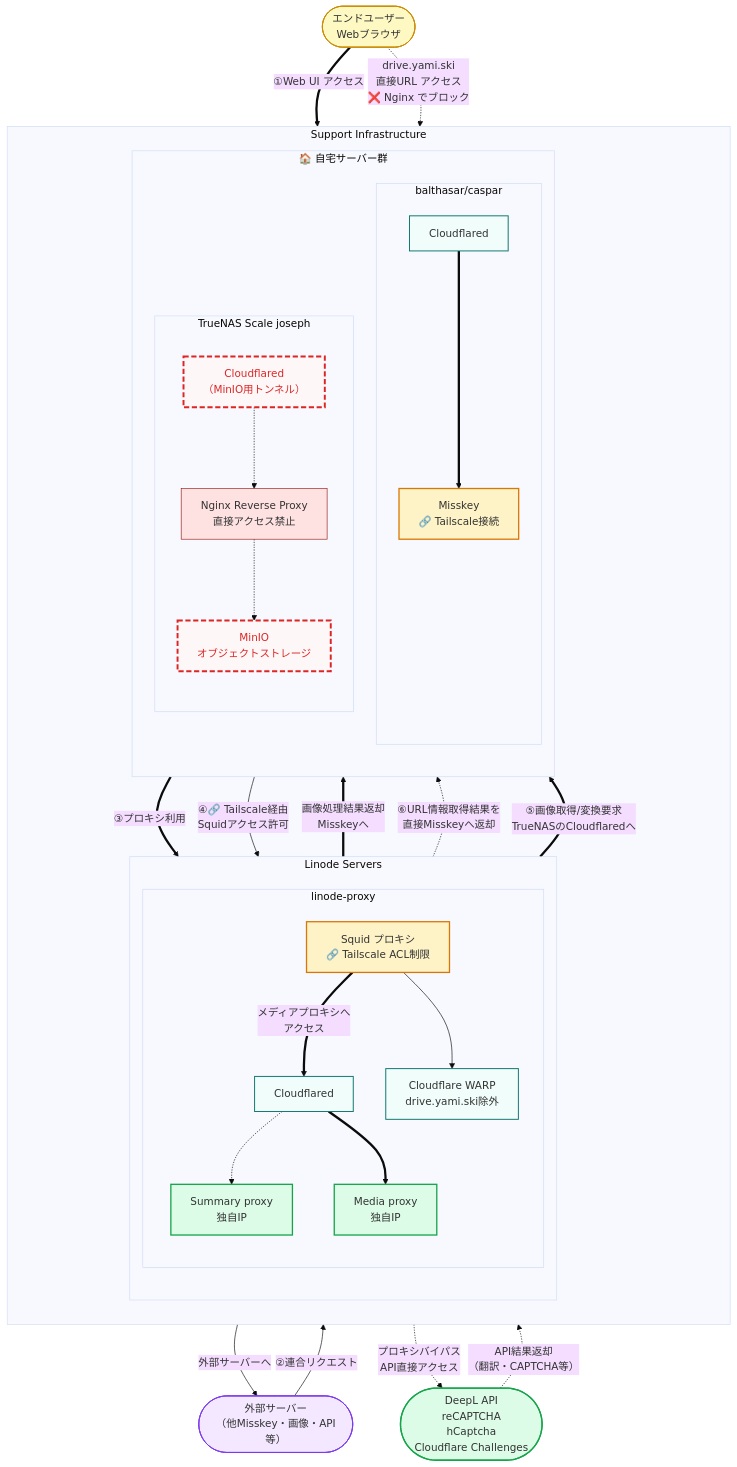
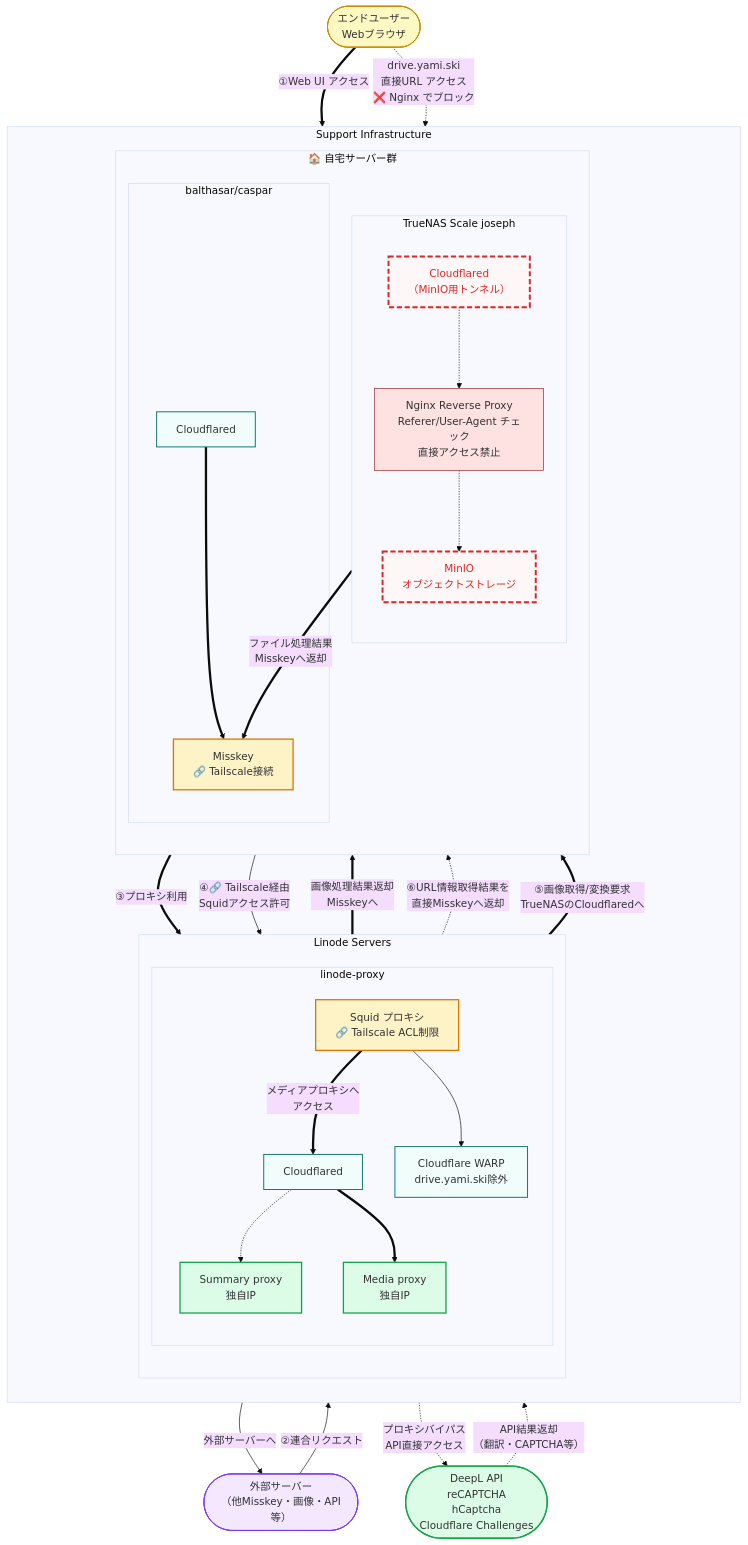
The fifth of 5 diagrams in README.md (yamisskey-dev/hosted-list), drawn with Mermaid (base theme) before and after one commit.

````diff
--- a/README.md
+++ b/README.md
@@ -444,81 +444,82 @@
 ```mermaid
 graph TB
 classDef homeServer fill:#e2e8f0,stroke:#334155,stroke-width:2px
 classDef service fill:#f8fafc,stroke:#64748b,stroke-width:1px
 classDef security fill:#fee2e2,stroke:#991b1b,stroke-width:1px
 classDef cloudflare fill:#f0fdfa,stroke:#0f766e,stroke-width:1.5px
 classDef user fill:#fef9c3,stroke:#ca8a04,stroke-width:1.5px
 classDef federation fill:#f3e8ff,stroke:#7c3aed,stroke-width:1.5px
 classDef excludeHome fill:#fef7f7,stroke:#dc2626,stroke-width:3px,stroke-dasharray: 8 4,color:#dc2626
 classDef direct fill:#dcfce7,stroke:#16a34a,stroke-width:2px
 classDef tailscale fill:#fef3c7,stroke:#d97706,stroke-width:2px
 
 %% External actors
 enduser([エンドユーザー<br/>Webブラウザ]):::user
 external_servers([外部サーバー<br/>（他Misskey・画像・API等）]):::federation
 bypass_services([DeepL API<br/>reCAPTCHA<br/>hCaptcha<br/>Cloudflare Challenges]):::direct
 
 subgraph support[Support Infrastructure]
     direction TB
     
     subgraph linode[Linode Servers]
         direction TB
         subgraph proxy[linode-proxy]
             summaryproxy[Summary proxy<br/>独自IP]:::direct
             mediaproxy[Media proxy<br/>独自IP]:::direct
             squid[Squid プロキシ<br/>🔗 Tailscale ACL制限]:::tailscale
             warp[Cloudflare WARP<br/>drive.yami.ski除外]:::cloudflare
             cloudflared_p[Cloudflared]:::cloudflare
         end
     end
     
     subgraph homeservers[🏠 自宅サーバー群]
         direction TB
         subgraph balthasar_caspar[balthasar/caspar]
             yamisskey[Misskey<br/>🔗 Tailscale接続]:::tailscale
             cloudflared_bc[Cloudflared]:::cloudflare
         end
         
         subgraph truenas[TrueNAS Scale joseph]
             direction TB
-            nginx_minio[Nginx Reverse Proxy<br/>直接アクセス禁止]:::security
+            nginx_minio[Nginx Reverse Proxy<br/>Referer/User-Agent チェック<br/>直接アクセス禁止]:::security
             minio[MinIO<br/>オブジェクトストレージ]:::excludeHome
             cloudflared_home[Cloudflared<br/>（MinIO用トンネル）]:::excludeHome
         end
     end
 end
 
 %% エンドユーザーのアクセス経路（太線）
 enduser ==>|"①Web UI アクセス"| cloudflared_bc
 cloudflared_bc ==> yamisskey
 
 %% 外部サーバーからの連合リクエスト（通常線）
 external_servers -->|"②連合リクエスト"| cloudflared_bc
 
 %% Misskeyサーバーからプロキシへの内部リクエスト（MediaProxyのみ太線）
 yamisskey ==>|"③プロキシ利用"| cloudflared_p
 cloudflared_p ==> mediaproxy
 cloudflared_p -.-> summaryproxy
 
 %% === Misskeyのみ Tailscale経由でSquid使用 ===
 yamisskey -->|"④🔗 Tailscale経由<br/>Squidアクセス許可"| squid
 squid --> warp
 
 %% WARPからの分岐
 warp -->|"外部サーバーへ"| external_servers
 squid ==>|"メディアプロキシへ<br/>アクセス"| cloudflared_p
 cloudflared_home -.-> nginx_minio
 nginx_minio -.-> minio
+cloudflared_home ==>|"ファイル処理結果<br/>Misskeyへ返却"| yamisskey
 
 %% === MediaProxy・SummaryProxy のルート修正（MediaProxyのみ太線） ===
 mediaproxy ==>|"⑤画像取得/変換要求<br/>TrueNASのCloudflaredへ"| cloudflared_home
 mediaproxy ==>|"画像処理結果返却<br/>Misskeyへ"| yamisskey
 summaryproxy -.->|"⑥URL情報取得結果を<br/>直接Misskeyへ返却"| yamisskey
 
 %% プロキシバイパス対象（特定APIサービス）
 yamisskey -.->|"プロキシバイパス<br/>API直接アクセス"| bypass_services
 bypass_services -.->|"API結果返却<br/>（翻訳・CAPTCHA等）"| yamisskey
 
 %% 直接URLアクセス（ブロック）
 enduser -.->|"drive.yami.ski<br/>直接URL アクセス<br/>❌ Nginx でブロック"| cloudflared_home
 ```
````
